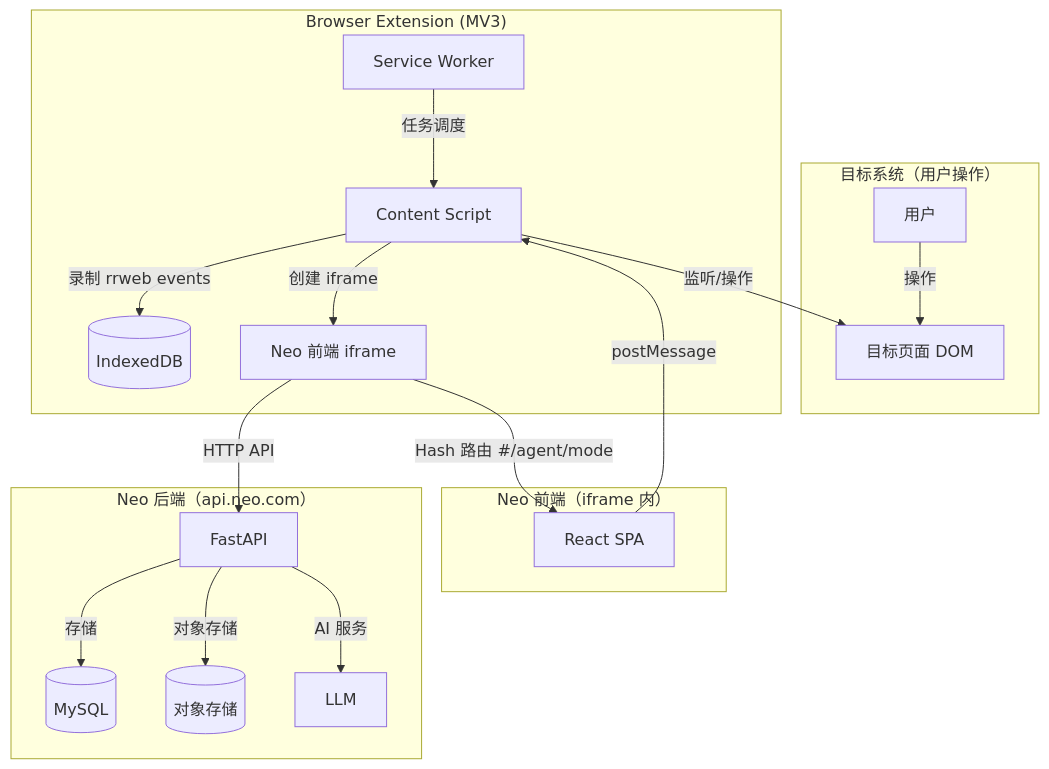
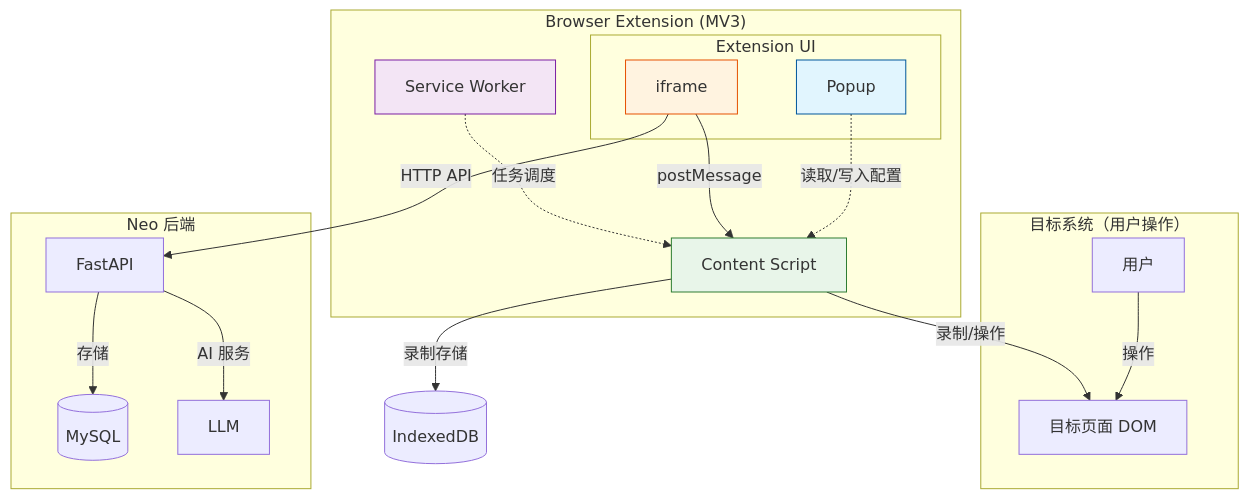
One commit to zhaoxin34/matrix changed the first of 9 diagrams in neo/design/docs/technical/agents/agent-embedded.md. Above: the diagram before and after it, drawn with Mermaid. The commit also changed other lines of this file and 6 other files, not shown here.

````diff
--- a/neo/design/docs/technical/agents/agent-embedded.md
+++ b/neo/design/docs/technical/agents/agent-embedded.md
@@ -23,26 +24,32 @@
 ```mermaid
 graph TB
     subgraph TargetSystem["目标系统（用户操作）"]
         A[用户] -->|操作| B[目标页面 DOM]
     end
 
     subgraph BrowserExtension["Browser Extension (MV3)"]
-        C[Content Script] -->|监听/操作| B
-        C -->|录制 rrweb events| D[(IndexedDB)]
-        C -->|创建 iframe| E[Neo 前端 iframe]
-        F[Service Worker] -->|任务调度| C
+        subgraph ExtensionUI["Extension UI"]
+            C[Popup]:::popup
+            D[iframe]:::iframe
+        end
+        E[Content Script]:::cs
+        F[Service Worker]:::sw
     end
 
-    subgraph NeoFrontend["Neo 前端（iframe 内）"]
-        E -->|Hash 路由 #/agent/mode| G[React SPA]
-        G -->|postMessage| C
+    subgraph NeoBackend["Neo 后端"]
+        G[FastAPI] -->|存储| H[(MySQL)]
+        G -->|AI 服务| I[LLM]
     end
 
-    subgraph NeoBackend["Neo 后端（api.neo.com）"]
-        H[FastAPI] -->|存储| I[(MySQL)]
-        H -->|对象存储| J[(对象存储)]
-        H -->|AI 服务| K[LLM]
-    end
+    C -.->|读取/写入配置| E
+    D -->|postMessage| E
+    E -->|录制/操作| B
+    E -->|录制存储| J[(IndexedDB)]
+    D -->|HTTP API| G
+    F -.->|任务调度| E
 
-    E -->|HTTP API| H
+    classDef popup fill:#e1f5fe,stroke:#01579b
+    classDef iframe fill:#fff3e0,stroke:#e65100
+    classDef cs fill:#e8f5e9,stroke:#2e7d32
+    classDef sw fill:#f3e5f5,stroke:#7b1fa2
 ```
````
